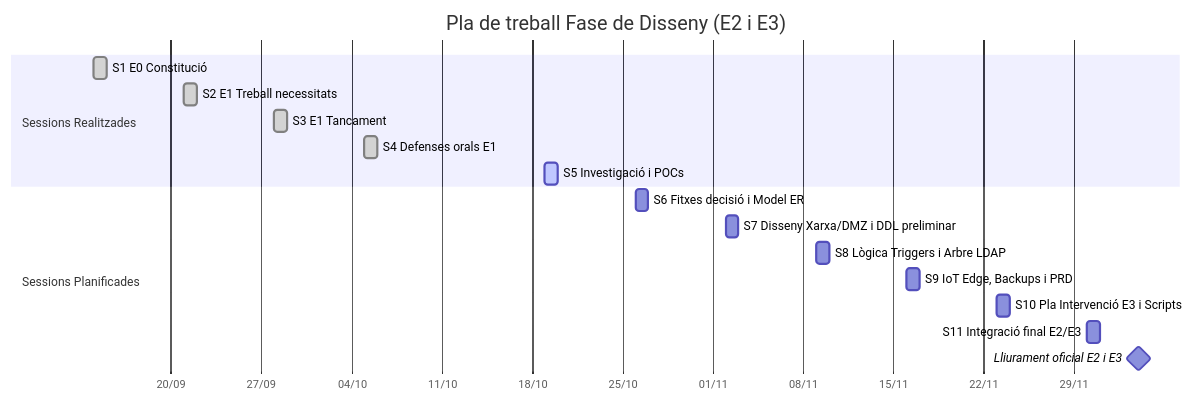
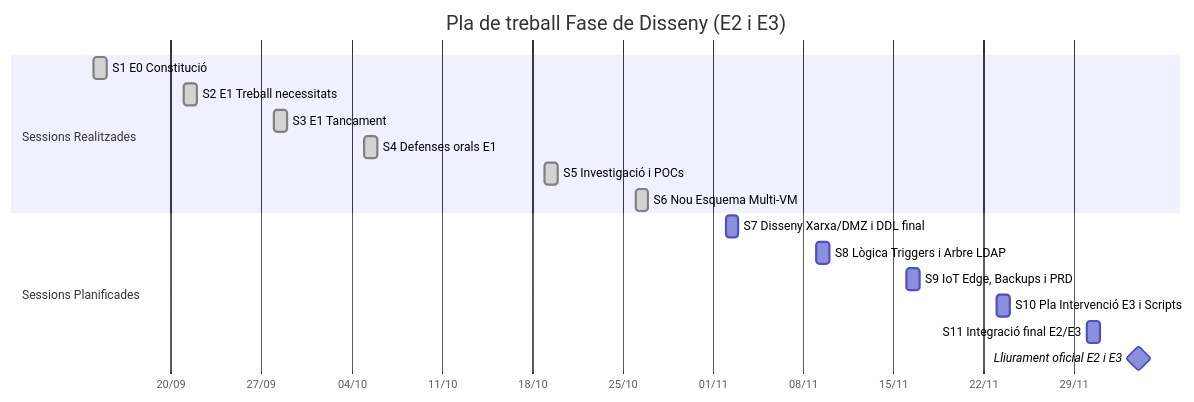
One commit to JoanGarcia25/avigest-projecte changed the diagram in docs/diari_treball/diari_treball.md. Above: the diagram before and after it, drawn with Mermaid. The commit also changed other lines of this file and 1 other file, not shown here.

Commit message:
docs: actualitzar diari de treball amb la Sessio 6 (nou esquema multi-VM) i corregir IP a codi ESP32

````diff
--- a/docs/diari_treball/diari_treball.md
+++ b/docs/diari_treball/diari_treball.md
@@ -122,20 +148,20 @@
 ```mermaid
 gantt
     title Pla de treball Fase de Disseny (E2 i E3)
     dateFormat  YYYY-MM-DD
     axisFormat  %d/%m
     section Sessions Realitzades
     S1 E0 Constitució        :done, 2026-09-14, 1d
     S2 E1 Treball necessitats :done, 2026-09-21, 1d
     S3 E1 Tancament           :done, 2026-09-28, 1d
     S4 Defenses orals E1      :done, 2026-10-05, 1d
-    S5 Investigació i POCs    :active, 2026-10-19, 1d
+    S5 Investigació i POCs    :done, 2026-10-19, 1d
+    S6 Nou Esquema Multi-VM   :done, 2026-10-26, 1d
     section Sessions Planificades
-    S6 Fitxes decisió i Model ER       :2026-10-26, 1d
-    S7 Disseny Xarxa/DMZ i DDL preliminar :2026-11-02, 1d
+    S7 Disseny Xarxa/DMZ i DDL final   :2026-11-02, 1d
     S8 Lògica Triggers i Arbre LDAP     :2026-11-09, 1d
     S9 IoT Edge, Backups i PRD          :2026-11-16, 1d
     S10 Pla Intervenció E3 i Scripts    :2026-11-23, 1d
     S11 Integració final E2/E3          :2026-11-30, 1d
     Lliurament oficial E2 i E3          :milestone, 2026-12-04, 0d
 ```
````
